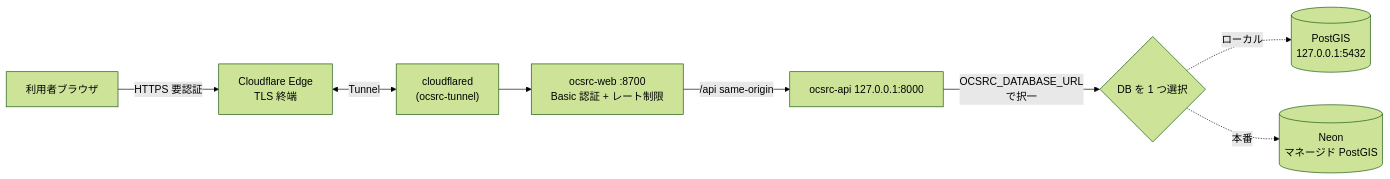
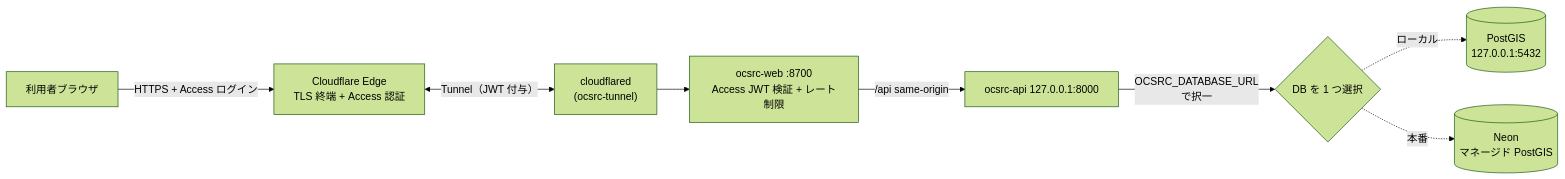
Before and after one commit to Kensan196948G/Open-Civil-Site-Risk-Checker: the diagram in docs/deploy-backend.md, drawn with Mermaid (forest theme). The commit also changed other lines of this file and 5 other files, not shown here.

First line of the commit message:
feat(web): replace Basic auth with Cloudflare Access JWT validation (Issue #70)

````diff
--- a/docs/deploy-backend.md
+++ b/docs/deploy-backend.md
@@ -207,10 +207,10 @@
 ```mermaid
 flowchart LR
-  U["利用者ブラウザ"] -->|HTTPS 要認証| CF["Cloudflare Edge<br/>TLS 終端"]
-  CF <-->|Tunnel| T["cloudflared<br/>(ocsrc-tunnel)"]
-  T --> W["ocsrc-web :8700<br/>Basic 認証 + レート制限"]
+  U["利用者ブラウザ"] -->|HTTPS + Access ログイン| CF["Cloudflare Edge<br/>TLS 終端 + Access 認証"]
+  CF <-->|Tunnel（JWT 付与）| T["cloudflared<br/>(ocsrc-tunnel)"]
+  T --> W["ocsrc-web :8700<br/>Access JWT 検証 + レート制限"]
   W -->|/api same-origin| A["ocsrc-api 127.0.0.1:8000"]
   A -->|"OCSRC_DATABASE_URL<br/>で択一"| D{"DB を 1 つ選択"}
   D -.->|ローカル| D1[("PostGIS<br/>127.0.0.1:5432")]
   D -.->|本番| D2[("Neon<br/>マネージド PostGIS")]
 ```
````
